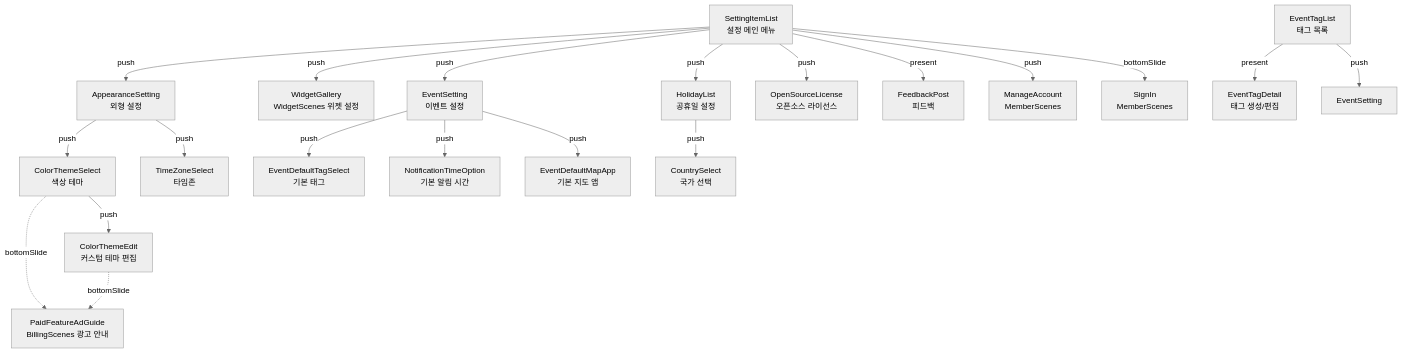
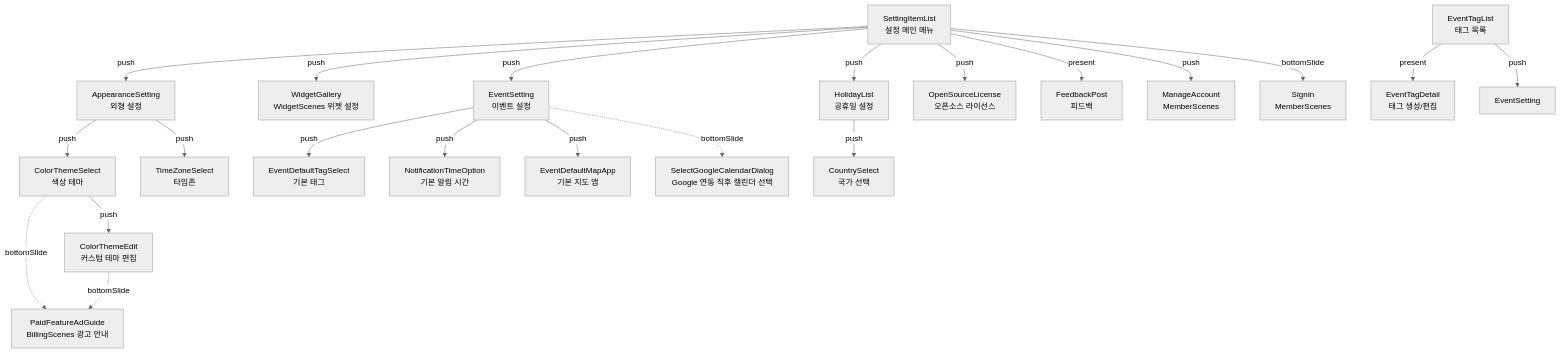
The first of 5 diagrams in Presentations/SettingScene/CLAUDE.md (sudopark/TodoCalendar), drawn with Mermaid (neutral theme) before and after one commit. The commit also changed other lines of this file and 5 other files, not shown here.

````diff
--- a/Presentations/SettingScene/CLAUDE.md
+++ b/Presentations/SettingScene/CLAUDE.md
@@ -13,26 +13,27 @@
 ```mermaid
 graph TD
     SIL[SettingItemList<br/>설정 메인 메뉴] -->|push| AS[AppearanceSetting<br/>외형 설정]
     SIL -->|push| WG[WidgetGallery<br/>WidgetScenes 위젯 설정]
     SIL -->|push| ES[EventSetting<br/>이벤트 설정]
     SIL -->|push| HL[HolidayList<br/>공휴일 설정]
     SIL -->|push| OSL[OpenSourceLicense<br/>오픈소스 라이선스]
     SIL -->|present| FP[FeedbackPost<br/>피드백]
     SIL -->|push| MA[ManageAccount<br/>MemberScenes]
     SIL -->|bottomSlide| SI[SignIn<br/>MemberScenes]
 
     AS -->|push| CT[ColorThemeSelect<br/>색상 테마]
     CT -->|push| CTE[ColorThemeEdit<br/>커스텀 테마 편집]
     CT -.->|bottomSlide| CTAG[PaidFeatureAdGuide<br/>BillingScenes 광고 안내]
     CTE -.->|bottomSlide| CTAG
     AS -->|push| TZ[TimeZoneSelect<br/>타임존]
 
     ES -->|push| ETS[EventDefaultTagSelect<br/>기본 태그]
     ES -->|push| ENT[NotificationTimeOption<br/>기본 알림 시간]
     ES -->|push| EMA[EventDefaultMapApp<br/>기본 지도 앱]
+    ES -.->|bottomSlide| SGC[SelectGoogleCalendarDialog<br/>Google 연동 직후 캘린더 선택]
 
     HL -->|push| CS[CountrySelect<br/>국가 선택]
 
     ETL[EventTagList<br/>태그 목록] -->|present| ETD[EventTagDetail<br/>태그 생성/편집]
     ETL -->|push| ES2[EventSetting]
 ```
````
